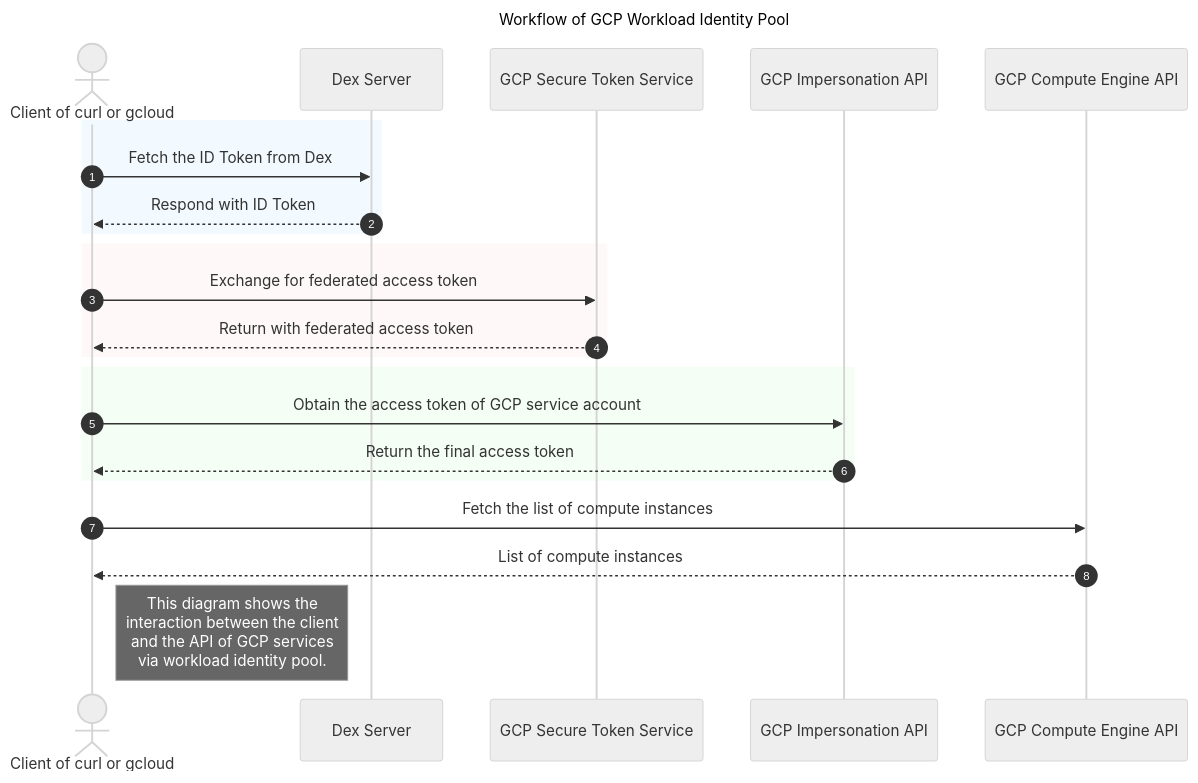
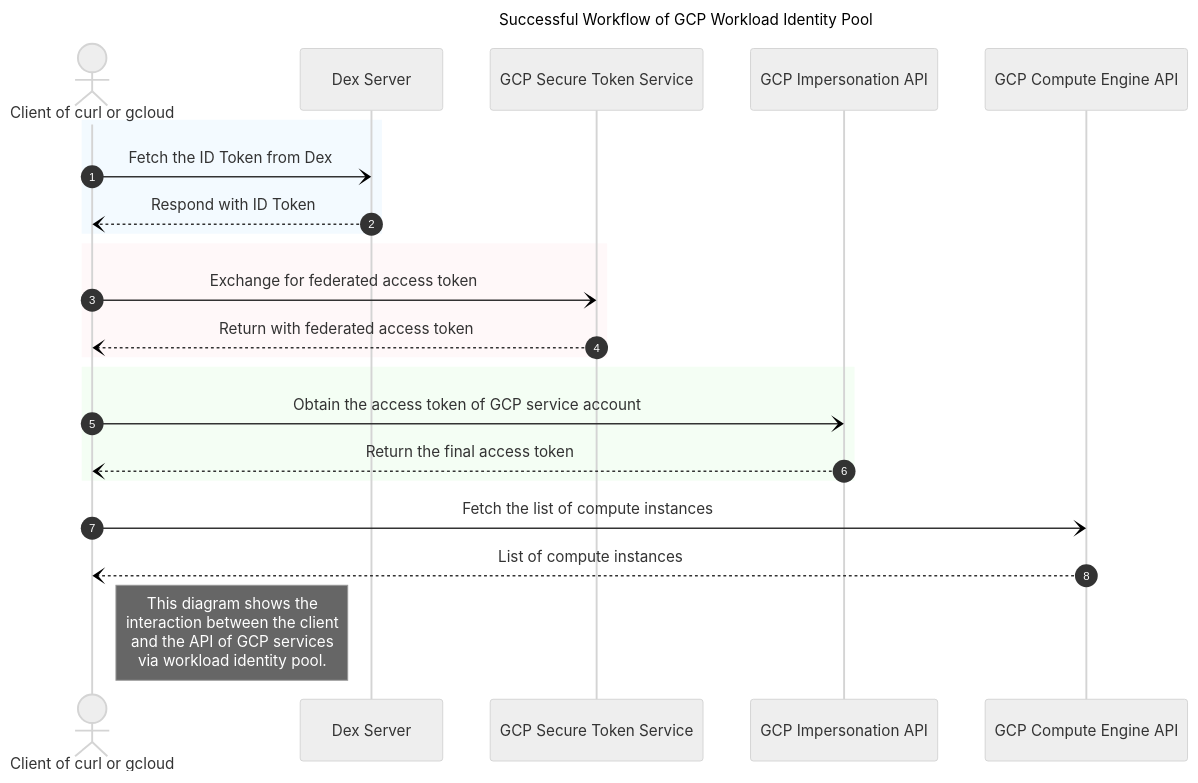
One commit to magichuihui/magichuihui.github.io changed the diagram in _posts/2025-04-25-workload-identity-pool-with-dex.md. Above: the diagram before and after it, drawn with Mermaid.

Commit message:
ui: optimize mermaid diagram

````diff
--- a/_posts/2025-04-25-workload-identity-pool-with-dex.md
+++ b/_posts/2025-04-25-workload-identity-pool-with-dex.md
@@ -19,34 +19,36 @@
 ```mermaid
+---
 ---
 config:
   theme: neutral
-title: Workflow of GCP Workload Identity Pool
+title: Successful Workflow of GCP Workload Identity Pool
 ---
 sequenceDiagram
 autonumber
 actor client as Client of curl or gcloud
 participant dex as Dex Server
+link dex: github @ https://github.com/dexidp/dex
 participant sts as GCP Secure Token Service
 participant impersonation as GCP Impersonation API
 participant compute as GCP Compute Engine API
 
 rect rgba(135, 206, 250, 0.1)
-    client->>dex: Fetch the ID Token from Dex
-    dex-->>client: Respond with ID Token
+    client -) dex: Fetch the ID Token from Dex
+    dex --) client: Respond with ID Token
 end
 
 rect rgba(255, 182, 193, 0.1)
-    client->>sts: Exchange for federated access token
-    sts-->>client: Return with federated access token
+    client -) sts: Exchange for federated access token
+    sts --) client: Return with federated access token
 end
 
 rect rgba(144, 238, 144, 0.1)
-    client->>impersonation: Obtain the access token of GCP service account
-    impersonation-->>client: Return the final access token
+    client -) impersonation: Obtain the access token of GCP service account
+    impersonation --) client: Return the final access token
 end
 
-client->>compute: Fetch the list of compute instances
-compute-->>client: List of compute instances
+client -) compute: Fetch the list of compute instances
+compute --) client: List of compute instances
 
 Note right of client: This diagram shows the<br/>interaction between the client<br/>and the API of GCP services<br/> via workload identity pool.
 ```
````
